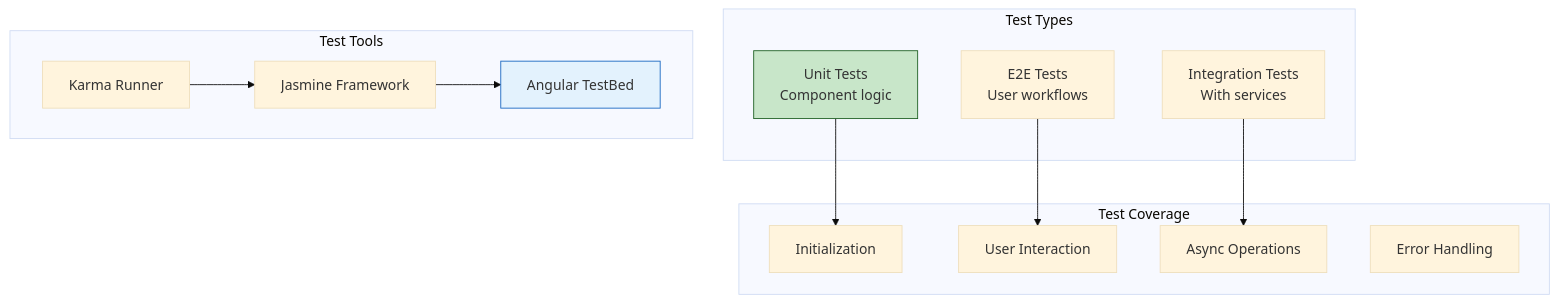
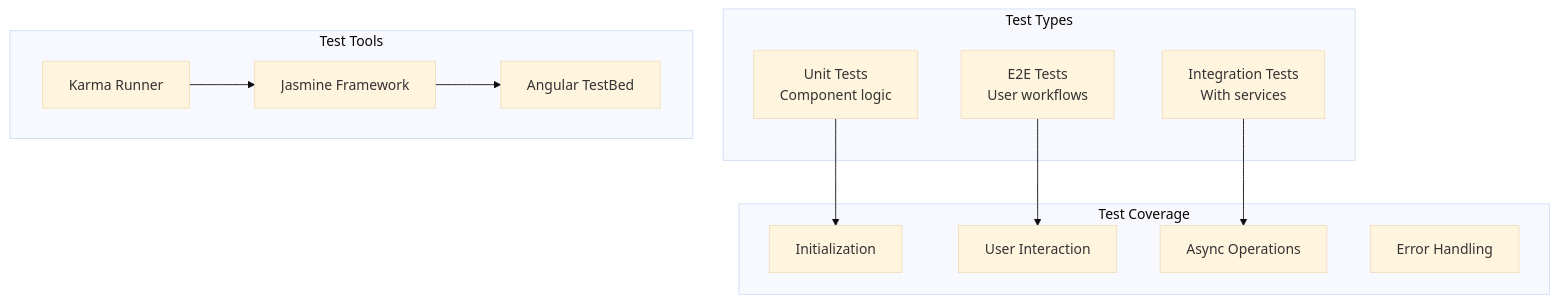
The fourth of 4 diagrams in docs/components/README.md (o2alexanderfedin/angular-cas-disot), drawn with Mermaid (base theme) before and after one commit. The commit also changed other lines of this file and 18 other files, not shown here.

````diff
--- a/docs/components/README.md
+++ b/docs/components/README.md
@@ -111,31 +107,31 @@
 ```mermaid
 graph TD
     subgraph "Test Types"
         UNIT[Unit Tests<br/>Component logic]
         INTEGRATION[Integration Tests<br/>With services]
         E2E[E2E Tests<br/>User workflows]
     end
     
     subgraph "Test Coverage"
         INIT[Initialization]
         INTERACTION[User Interaction]
         ASYNC[Async Operations]
         ERROR[Error Handling]
     end
     
     subgraph "Test Tools"
         KARMA[Karma Runner]
         JASMINE[Jasmine Framework]
         TESTBED[Angular TestBed]
     end
     
     UNIT --> INIT
     INTEGRATION --> ASYNC
     E2E --> INTERACTION
     
     KARMA --> JASMINE
     JASMINE --> TESTBED
     
-    style UNIT fill:#c8e6c9,stroke:#1b5e20
-    style TESTBED fill:#e3f2fd,stroke:#1565c0
+    
+    
 ```
````
